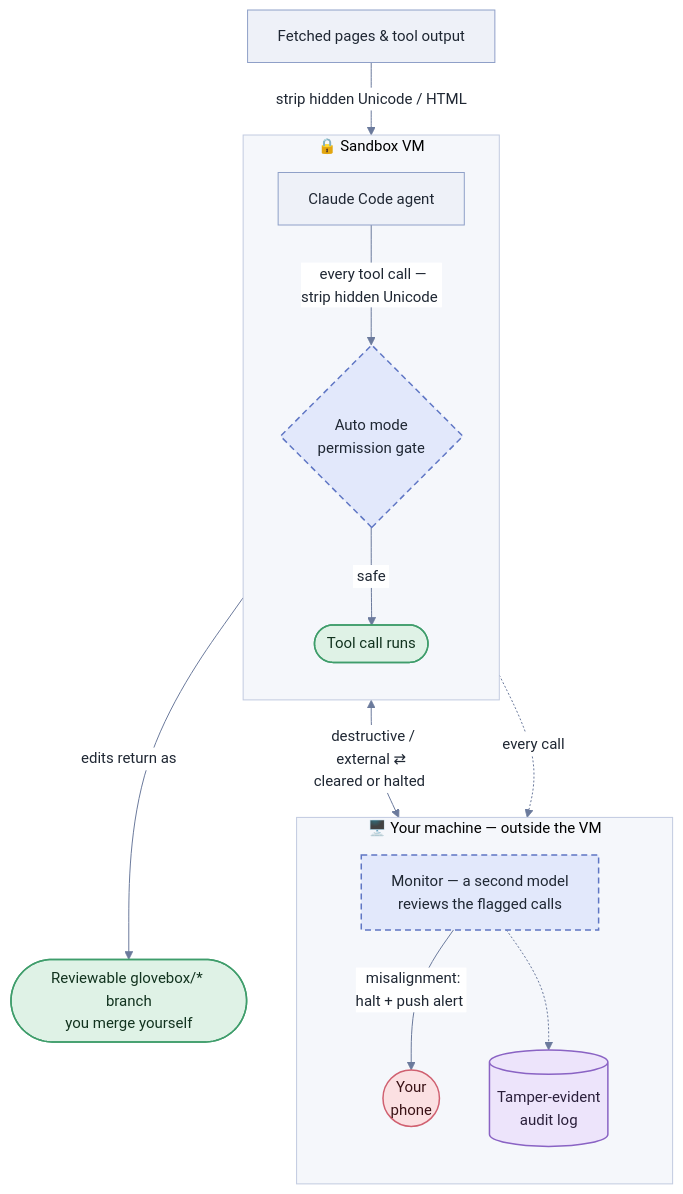
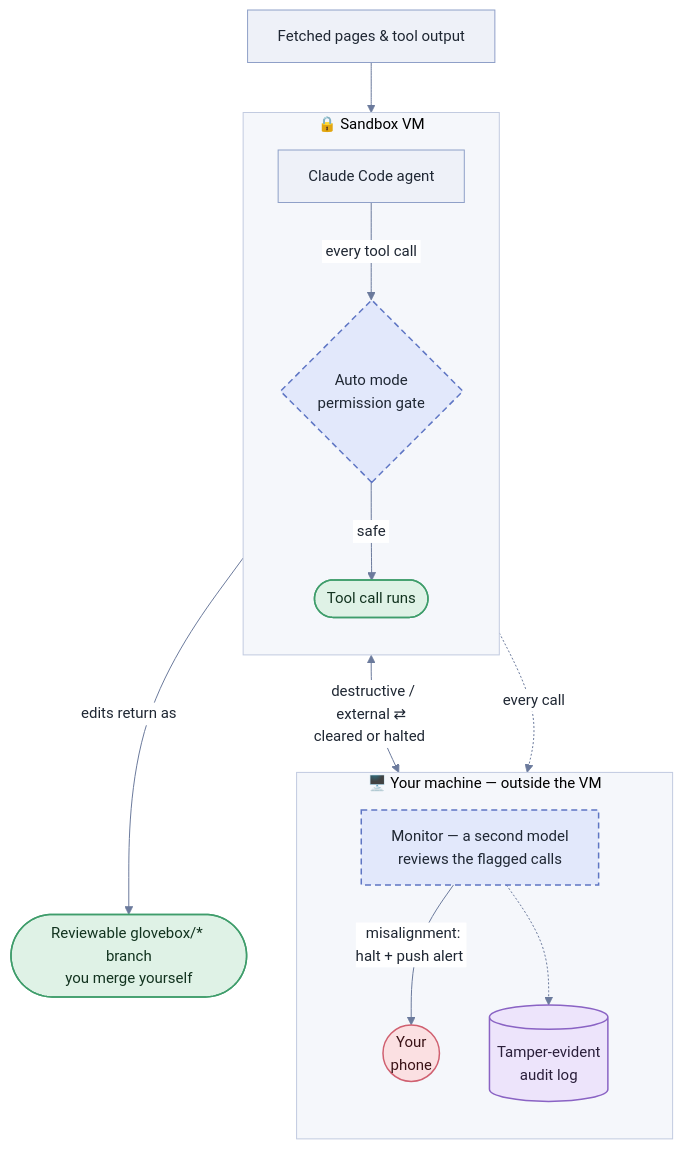
The diagram in quartz/plugins/transformers/.readme-snapshots/AlexanderMattTurner__agent-glovebox__main__README.md (alexander-turner/TurnTrout.com), drawn with Mermaid before and after one commit. The commit also changed other lines of this file and 2 other files, not shown here.

````diff
--- a/quartz/plugins/transformers/.readme-snapshots/AlexanderMattTurner__agent-glovebox__main__README.md
+++ b/quartz/plugins/transformers/.readme-snapshots/AlexanderMattTurner__agent-glovebox__main__README.md
@@ -166,48 +175,48 @@
 ```mermaid
 %%{init: {'theme':'base','themeVariables':{
   'fontSize':'15px',
   'primaryColor':'#eef1f8',
   'primaryTextColor':'#1f2733',
   'primaryBorderColor':'#8fa0c8',
   'lineColor':'#6b7a9c',
   'clusterBkg':'#f5f7fb',
   'clusterBorder':'#c2cbe0',
   'edgeLabelBackground':'#ffffff'
 }, 'themeCSS': '.node .label, .node .label foreignObject, .node .nodeLabel { overflow: visible; }'}}%%
 flowchart TB
     IN["Fetched pages &amp; tool output"]
 
     subgraph VM["🔒 Sandbox VM"]
         direction TB
         AGENT["Claude Code agent"]
         AUTO{"Auto mode<br/>permission gate"}
         RUN(["Tool call runs"])
     end
 
     subgraph HOST["🖥️ Your machine — outside the VM"]
         direction TB
         MON["Monitor — a second model<br/>reviews the flagged calls"]
         AUDIT[("Tamper-evident<br/>audit log")]
         PHONE(("Your<br/>phone"))
     end
 
     BRANCH(["Reviewable glovebox/* branch<br/>you merge yourself"])
 
-    IN -->|"&nbsp;strip hidden Unicode / HTML&nbsp;"| VM
-    AGENT -->|"&nbsp;every tool call —<br/>strip hidden Unicode&nbsp;"| AUTO
+    IN --> VM
+    AGENT -->|"&nbsp;every tool call&nbsp;"| AUTO
     AUTO -->|"&nbsp;safe&nbsp;"| RUN
     AUTO <-->|"&nbsp;destructive /<br/>external ⇄<br/>cleared or halted&nbsp;"| MON
     MON -->|"&nbsp;misalignment:<br/>halt + push alert&nbsp;"| PHONE
     AUTO -.->|"&nbsp;every call&nbsp;"| AUDIT
     MON -.-> AUDIT
     RUN -->|"&nbsp;edits return as&nbsp;"| BRANCH
 
     classDef filter fill:#e2e8fb,stroke:#5f76c4,stroke-width:1.5px,stroke-dasharray:6 4,color:#1f2733
     classDef safe fill:#dff2e6,stroke:#3f9d6b,stroke-width:1.5px,color:#12331f
     classDef store fill:#ede4fb,stroke:#8a63c4,stroke-width:1.5px,color:#2a1f3a
     classDef alert fill:#fbe0e2,stroke:#d06070,stroke-width:1.5px,color:#3a1216
     class AUTO,MON filter
     class RUN,BRANCH safe
     class AUDIT store
     class PHONE alert
 ```
````
